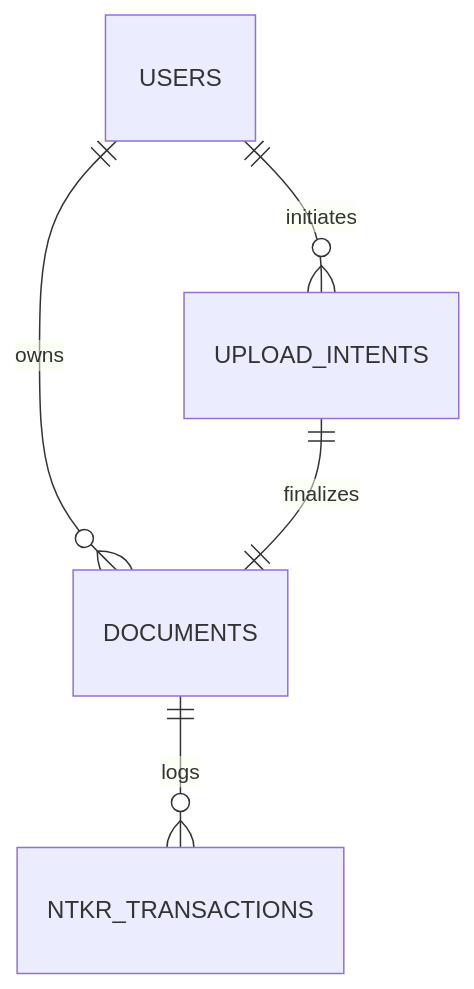
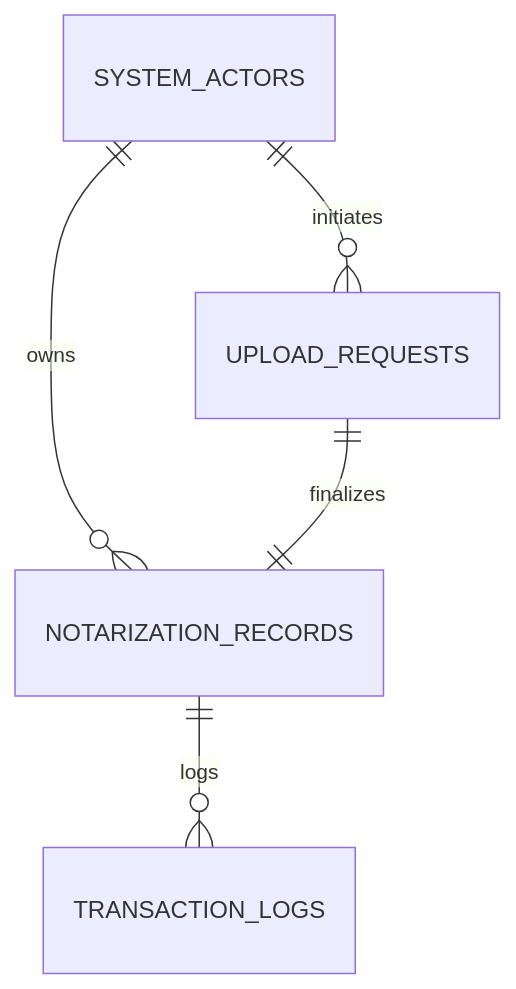
The fourth of 4 diagrams in README.md (CoderShubhamMate/Block-Chain-Based-Secure-Notarization-System), drawn with Mermaid before and after one commit. The commit also changed other lines of this file, not shown here.

````diff
--- a/README.md
+++ b/README.md
@@ -109,7 +109,7 @@
 ```mermaid
 erDiagram
-    USERS ||--o{ DOCUMENTS : "owns"
-    USERS ||--o{ UPLOAD_INTENTS : "initiates"
-    DOCUMENTS ||--o{ NTKR_TRANSACTIONS : "logs"
-    UPLOAD_INTENTS ||--|| DOCUMENTS : "finalizes"
+    SYSTEM_ACTORS ||--o{ NOTARIZATION_RECORDS : "owns"
+    SYSTEM_ACTORS ||--o{ UPLOAD_REQUESTS : "initiates"
+    NOTARIZATION_RECORDS ||--o{ TRANSACTION_LOGS : "logs"
+    UPLOAD_REQUESTS ||--|| NOTARIZATION_RECORDS : "finalizes"
 ```
````
